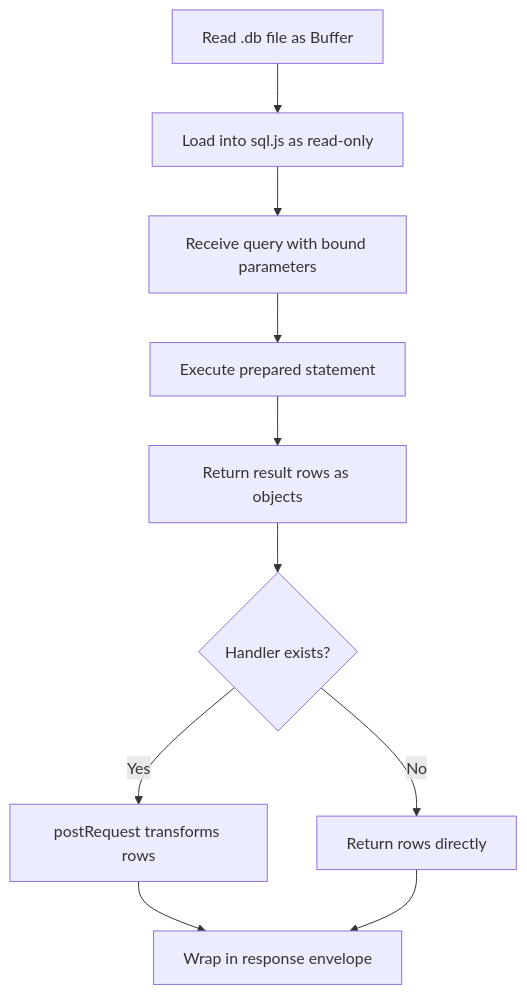
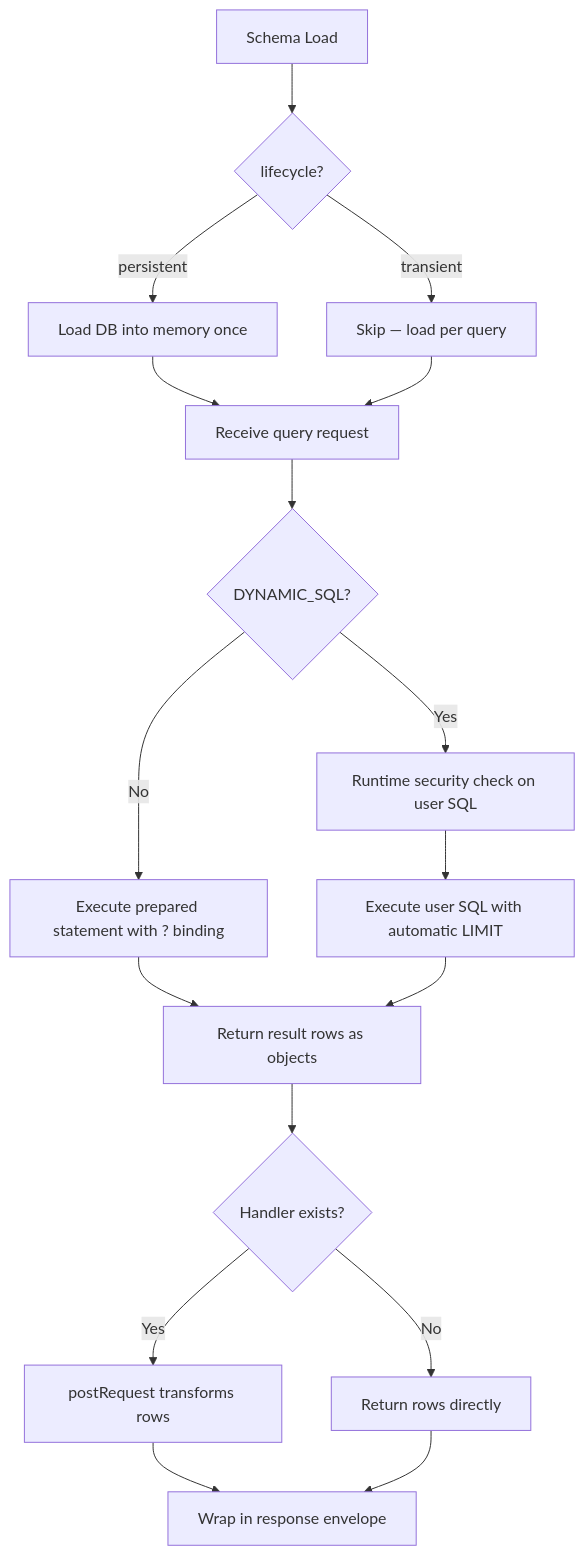
One commit to FlowMCP/flowmcp-spec changed the second of 4 diagrams in spec/v3.0.0/13-resources.md. Above: the diagram before and after it, drawn with Mermaid. The commit also changed other lines of this file, not shown here.

````diff
--- a/spec/v3.0.0/13-resources.md
+++ b/spec/v3.0.0/13-resources.md
@@ -516,12 +696,19 @@
 ```mermaid
 flowchart TD
-    A[Read .db file as Buffer] --> B[Load into sql.js as read-only]
-    B --> C[Receive query with bound parameters]
-    C --> D[Execute prepared statement]
-    D --> E[Return result rows as objects]
-    E --> F{Handler exists?}
-    F -->|Yes| G[postRequest transforms rows]
-    F -->|No| H[Return rows directly]
-    G --> I[Wrap in response envelope]
-    H --> I
+    A[Schema Load] --> B{lifecycle?}
+    B -->|persistent| C[Load DB into memory once]
+    B -->|transient| D[Skip — load per query]
+    C --> E[Receive query request]
+    D --> E
+    E --> F{DYNAMIC_SQL?}
+    F -->|Yes| G[Runtime security check on user SQL]
+    F -->|No| H[Execute prepared statement with ? binding]
+    G --> H2[Execute user SQL with automatic LIMIT]
+    H --> I[Return result rows as objects]
+    H2 --> I
+    I --> J{Handler exists?}
+    J -->|Yes| K[postRequest transforms rows]
+    J -->|No| L[Return rows directly]
+    K --> M[Wrap in response envelope]
+    L --> M
 ```
````
